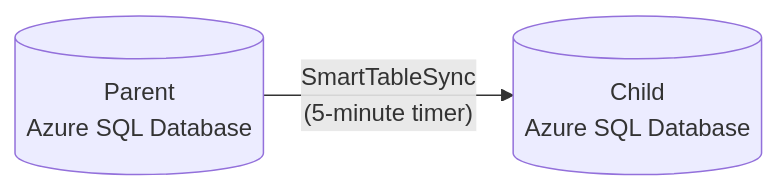
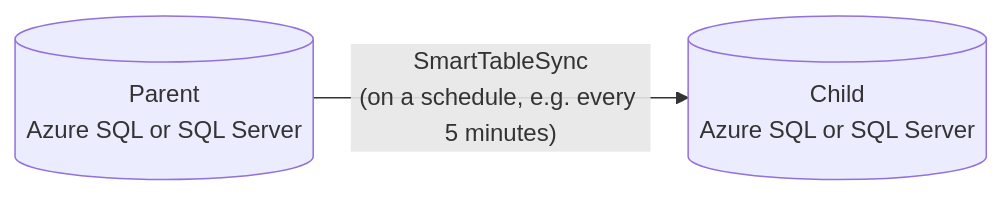
Before and after one commit to Sidorus/SmartTableSync: the first of 2 diagrams in README.md, drawn with Mermaid. The commit also changed other lines of this file and 3 other files, not shown here.

First line of the commit message:
Describe on-premises and mixed database support and the schedule as a host choice

````diff
--- a/README.md
+++ b/README.md
@@ -22,7 +27,7 @@
 ```mermaid
 flowchart LR
-    Parent[("Parent<br/>Azure SQL Database")]
-    Child[("Child<br/>Azure SQL Database")]
+    Parent[("Parent<br/>Azure SQL or SQL Server")]
+    Child[("Child<br/>Azure SQL or SQL Server")]
 
-    Parent -- "SmartTableSync<br/>(5-minute timer)" --> Child
+    Parent -- "SmartTableSync<br/>(on a schedule, e.g. every 5 minutes)" --> Child
 ```
````
